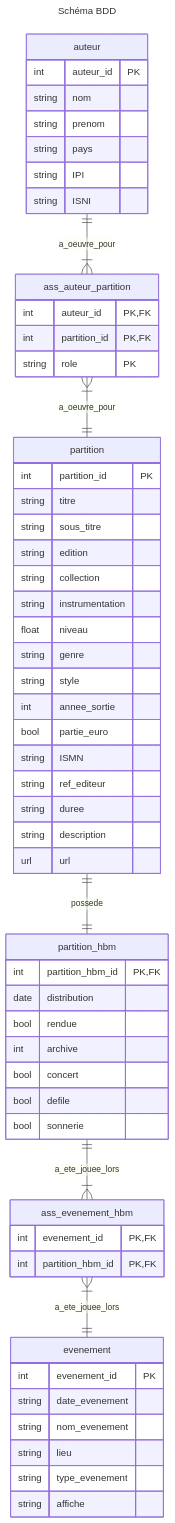
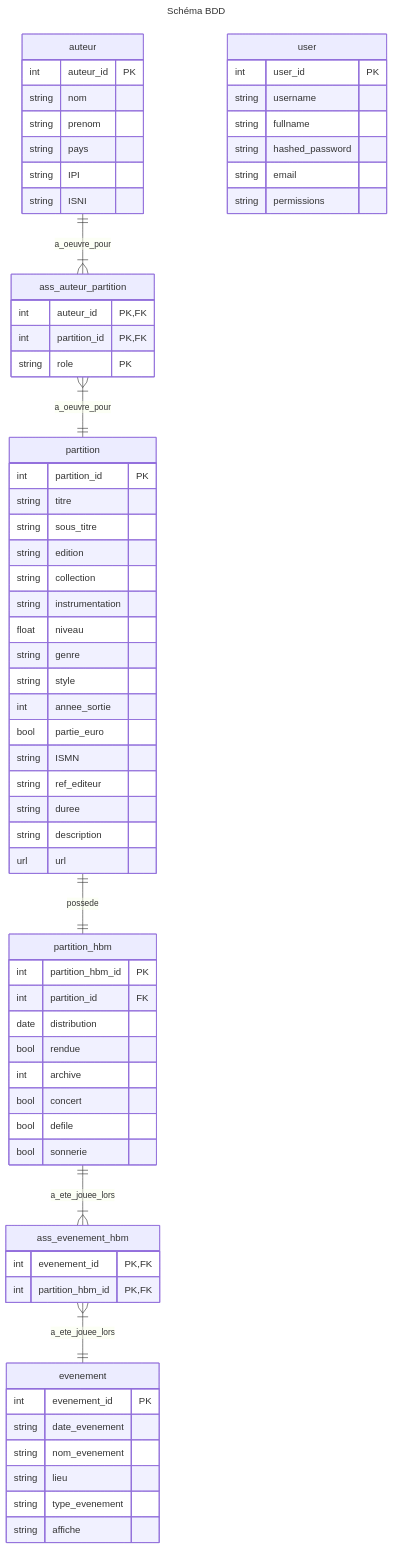
One commit to StephParc/certification changed the diagram in E4/schema.md. Above: the diagram before and after it, drawn with Mermaid. The commit also changed 43 other files, not shown here.

````diff
--- a/E4/schema.md
+++ b/E4/schema.md
@@ -1,67 +1,76 @@
 ```mermaid
 ---
 title: Schéma BDD
 ---
 
 erDiagram
 
     auteur {
         int auteur_id PK
         string nom
         string prenom
         string pays
         string IPI
         string ISNI
     }
     partition{
         int partition_id PK
         string titre
         string sous_titre
         string edition
         string collection
         string instrumentation
         float niveau
         string genre
         string style
         int annee_sortie
         bool partie_euro
         string ISMN
         string ref_editeur
         string duree
         string description
         url url
     }
     partition_hbm {
-        int partition_hbm_id PK, FK
+        int partition_hbm_id PK
+        int partition_id FK
         date distribution
         bool rendue
         int archive
         bool concert
         bool defile
         bool sonnerie 
     }
     evenement {
         int evenement_id PK
         string date_evenement
         string nom_evenement
         string lieu
         string type_evenement
         string affiche
     }
     ass_auteur_partition {
         int auteur_id PK, FK
         int partition_id PK, FK
         string role PK
     }
     ass_evenement_hbm {
         int evenement_id PK, FK
         int partition_hbm_id PK, FK
     }
+    user{
+        int user_id PK
+        string username
+        string fullname
+        string hashed_password
+        string email
+        string permissions
+    }
 
     auteur ||--|{ ass_auteur_partition : a_oeuvre_pour
     ass_auteur_partition }|--|| partition : a_oeuvre_pour
     partition_hbm ||--|{ ass_evenement_hbm : a_ete_jouee_lors
     ass_evenement_hbm }|--|| evenement : a_ete_jouee_lors
     partition ||--|| partition_hbm : possede
 
 ``` 
````
